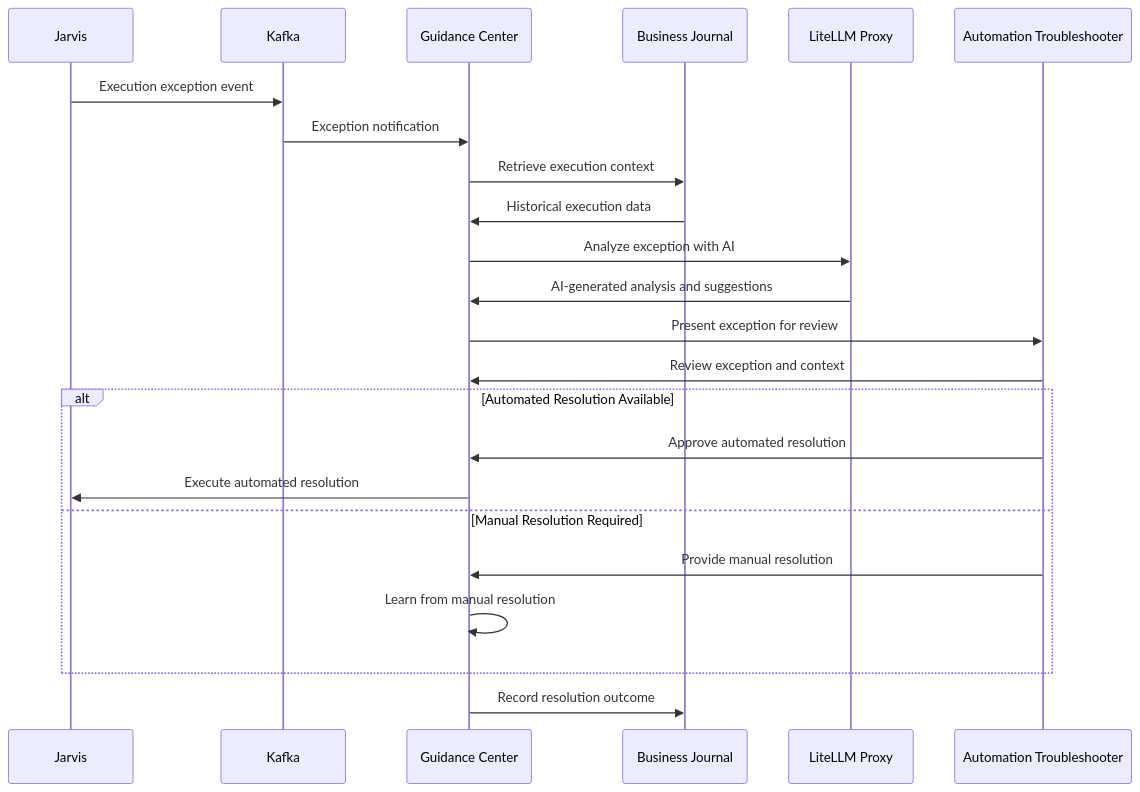
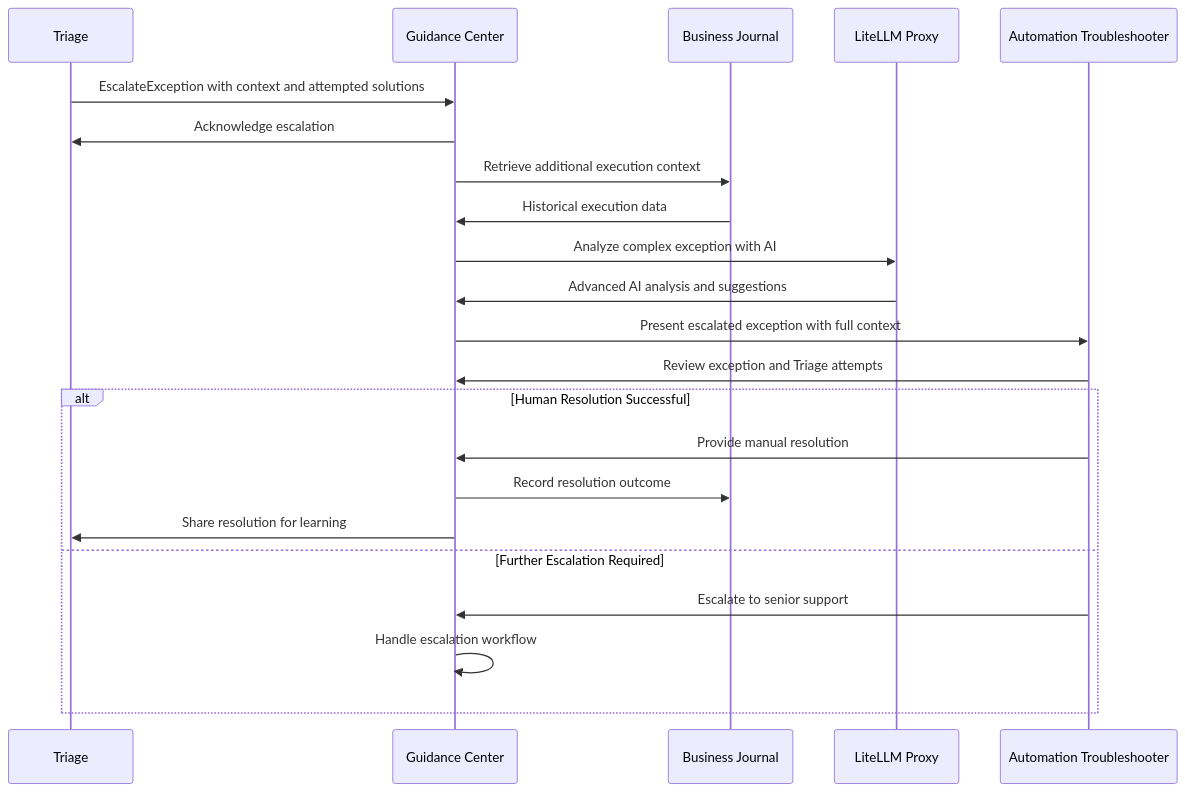
Before and after one commit to 3miliano/voyager-architecture: the diagram in docs/execution-services/guidance.md, drawn with Mermaid. The commit also changed other lines of this file and 8 other files, not shown here.

First line of the commit message:
Refactor exception handling: Remove Herald service and implement Triage-Guidance coordination

````diff
--- a/docs/execution-services/guidance.md
+++ b/docs/execution-services/guidance.md
@@ -77,30 +78,29 @@
 ```mermaid
 sequenceDiagram
-    participant Jarvis
-    participant Kafka
+    participant Triage
     participant GuidanceCenter as Guidance Center
     participant BusinessJournal as Business Journal
     participant LiteLLM as LiteLLM Proxy
     participant AutomationTroubleshooter as Automation Troubleshooter
 
-    Jarvis->>Kafka: Execution exception event
-    Kafka->>GuidanceCenter: Exception notification
-    GuidanceCenter->>BusinessJournal: Retrieve execution context
+    Triage->>GuidanceCenter: EscalateException with context and attempted solutions
+    GuidanceCenter->>Triage: Acknowledge escalation
+    
+    GuidanceCenter->>BusinessJournal: Retrieve additional execution context
     BusinessJournal->>GuidanceCenter: Historical execution data
     
-    GuidanceCenter->>LiteLLM: Analyze exception with AI
-    LiteLLM->>GuidanceCenter: AI-generated analysis and suggestions
+    GuidanceCenter->>LiteLLM: Analyze complex exception with AI
+    LiteLLM->>GuidanceCenter: Advanced AI analysis and suggestions
     
-    GuidanceCenter->>AutomationTroubleshooter: Present exception for review
-    AutomationTroubleshooter->>GuidanceCenter: Review exception and context
+    GuidanceCenter->>AutomationTroubleshooter: Present escalated exception with full context
+    AutomationTroubleshooter->>GuidanceCenter: Review exception and Triage attempts
     
-    alt Automated Resolution Available
-        AutomationTroubleshooter->>GuidanceCenter: Approve automated resolution
-        GuidanceCenter->>Jarvis: Execute automated resolution
-    else Manual Resolution Required
+    alt Human Resolution Successful
         AutomationTroubleshooter->>GuidanceCenter: Provide manual resolution
-        GuidanceCenter->>GuidanceCenter: Learn from manual resolution
+        GuidanceCenter->>BusinessJournal: Record resolution outcome
+        GuidanceCenter->>Triage: Share resolution for learning
+    else Further Escalation Required
+        AutomationTroubleshooter->>GuidanceCenter: Escalate to senior support
+        GuidanceCenter->>GuidanceCenter: Handle escalation workflow
     end
-    
-    GuidanceCenter->>BusinessJournal: Record resolution outcome
 ```
````
